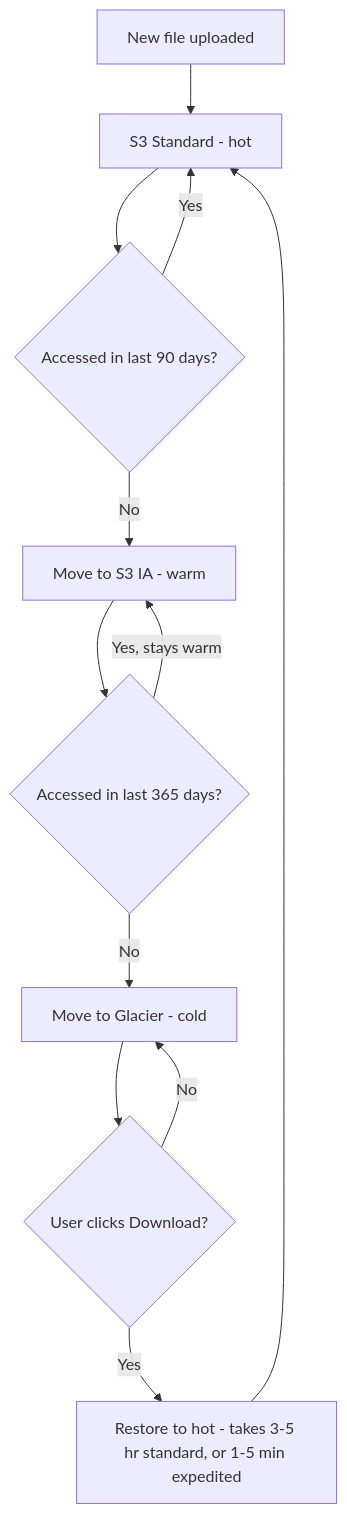
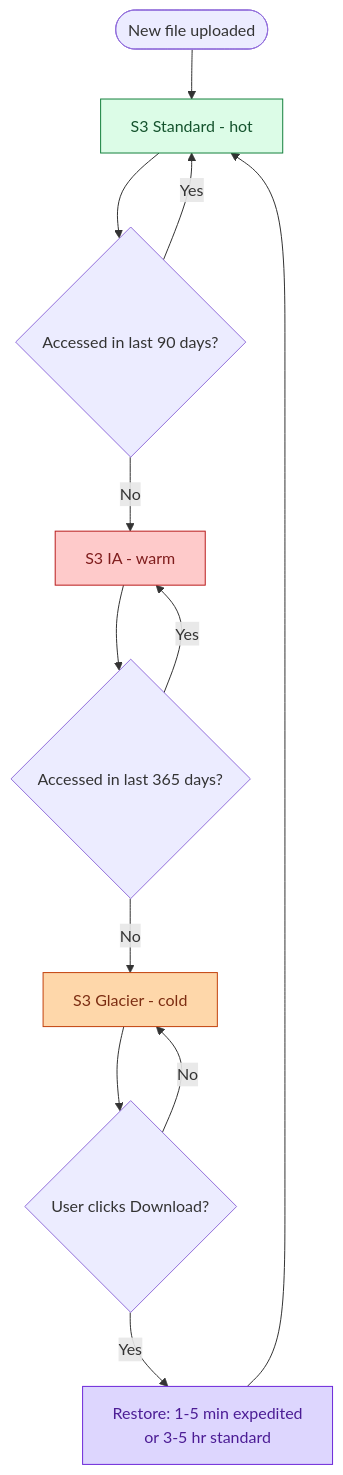
Diagram 12 of 17 in _practice/system-design/020-file-upload-share.md (shiningflash/shiningflash.github.io), drawn with Mermaid before and after one commit. The commit also changed other lines of this file and 19 other files, not shown here.

````diff
--- a/_practice/system-design/020-file-upload-share.md
+++ b/_practice/system-design/020-file-upload-share.md
@@ -459,14 +644,19 @@
 ```mermaid
 flowchart TD
-    A[New file uploaded] --> B[S3 Standard - hot]
+    A([New file uploaded]) --> B["S3 Standard - hot"]:::app
     B --> C{Accessed in last 90 days?}
     C -->|Yes| B
-    C -->|No| D[Move to S3 IA - warm]
+    C -->|No| D["S3 IA - warm"]:::cache
     D --> E{Accessed in last 365 days?}
-    E -->|Yes, stays warm| D
-    E -->|No| F[Move to Glacier - cold]
+    E -->|Yes| D
+    E -->|No| F["S3 Glacier - cold"]:::db
     F --> G{User clicks Download?}
     G -->|No| F
-    G -->|Yes| H[Restore to hot - takes 3-5 hr standard, or 1-5 min expedited]
+    G -->|Yes| H["Restore: 1-5 min expedited<br/>or 3-5 hr standard"]:::queue
     H --> B
+
+    classDef app   fill:#dcfce7,stroke:#15803d,color:#14532d
+    classDef cache fill:#fecaca,stroke:#b91c1c,color:#7f1d1d
+    classDef db    fill:#fed7aa,stroke:#c2410c,color:#7c2d12
+    classDef queue fill:#ddd6fe,stroke:#6d28d9,color:#4c1d95
 ```
````
